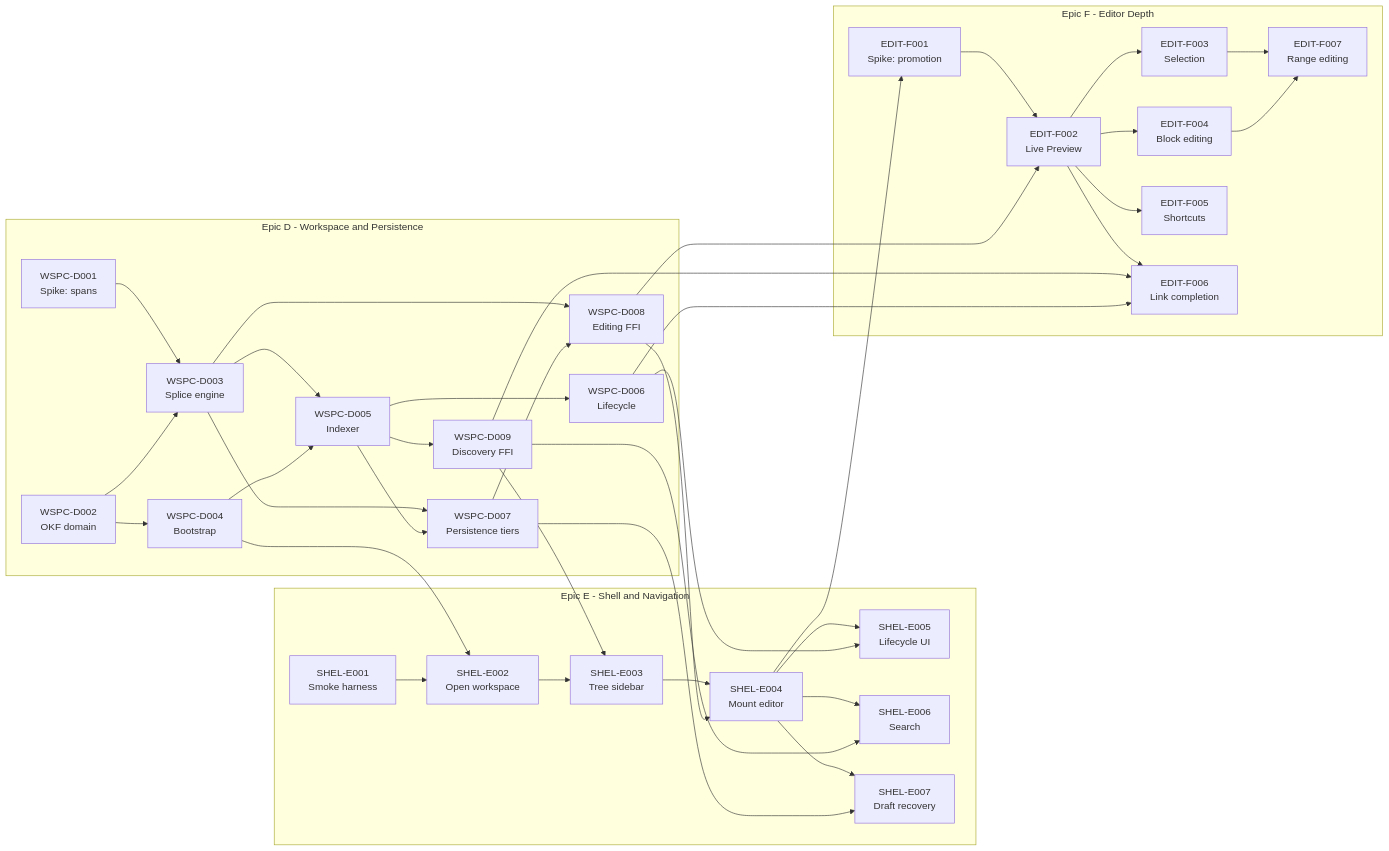
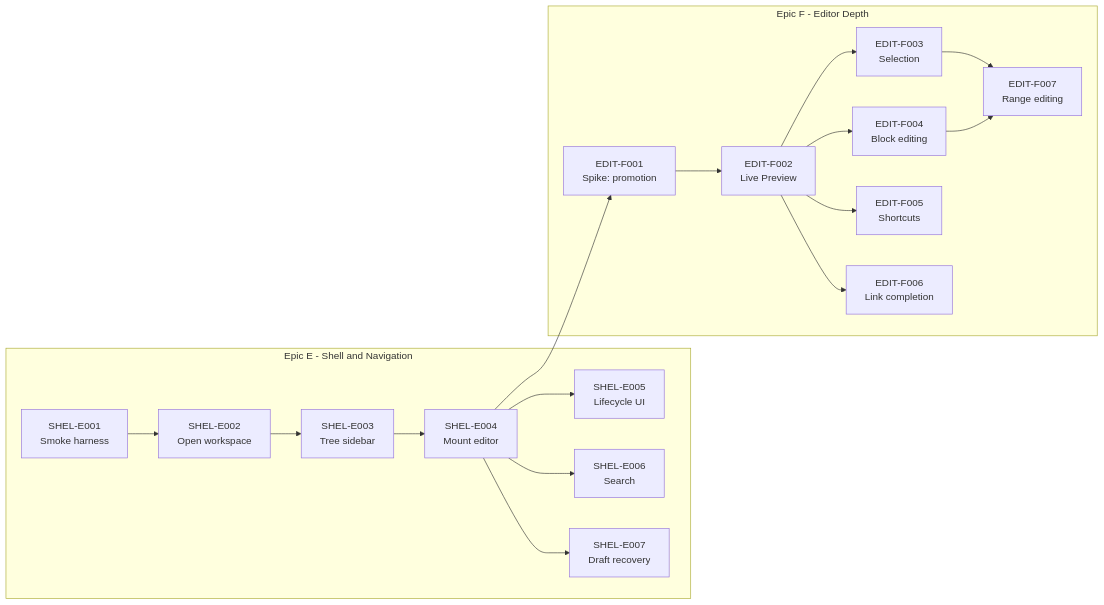
One commit to SkrOYC/burlmd changed the diagram in .constitution/tasks/critical-path.md. Above: the diagram before and after it, drawn with Mermaid. The commit also changed other lines of this file and 2 other files, not shown here.

````diff
--- a/.constitution/tasks/critical-path.md
+++ b/.constitution/tasks/critical-path.md
@@ -36,71 +37,38 @@
 ```mermaid
 flowchart LR
-    subgraph EpicD [Epic D - Workspace and Persistence]
-        D001[WSPC-D001<br/>Spike: spans]
-        D002[WSPC-D002<br/>OKF domain]
-        D003[WSPC-D003<br/>Splice engine]
-        D004[WSPC-D004<br/>Bootstrap]
-        D005[WSPC-D005<br/>Indexer]
-        D006[WSPC-D006<br/>Lifecycle]
-        D007[WSPC-D007<br/>Persistence tiers]
-        D008[WSPC-D008<br/>Editing FFI]
-        D009[WSPC-D009<br/>Discovery FFI]
-    end
-
     subgraph EpicE [Epic E - Shell and Navigation]
         E001[SHEL-E001<br/>Smoke harness]
         E002[SHEL-E002<br/>Open workspace]
         E003[SHEL-E003<br/>Tree sidebar]
         E004[SHEL-E004<br/>Mount editor]
         E005[SHEL-E005<br/>Lifecycle UI]
         E006[SHEL-E006<br/>Search]
         E007[SHEL-E007<br/>Draft recovery]
     end
 
     subgraph EpicF [Epic F - Editor Depth]
         F001[EDIT-F001<br/>Spike: promotion]
         F002[EDIT-F002<br/>Live Preview]
         F003[EDIT-F003<br/>Selection]
         F004[EDIT-F004<br/>Block editing]
         F005[EDIT-F005<br/>Shortcuts]
         F006[EDIT-F006<br/>Link completion]
         F007[EDIT-F007<br/>Range editing]
     end
 
-    D001 --> D003
-    D002 --> D003
-    D002 --> D004
-    D003 --> D005
-    D004 --> D005
-    D003 --> D007
-    D005 --> D007
-    D003 --> D008
-    D007 --> D008
-    D005 --> D006
-    D005 --> D009
-
-    D004 --> E002
     E001 --> E002
     E002 --> E003
-    D009 --> E003
     E003 --> E004
-    D008 --> E004
     E004 --> E005
-    D006 --> E005
     E004 --> E006
-    D009 --> E006
     E004 --> E007
-    D007 --> E007
 
     E004 --> F001
     F001 --> F002
-    D008 --> F002
     F002 --> F003
     F002 --> F004
     F002 --> F005
     F002 --> F006
-    D009 --> F006
-    D006 --> F006
     F003 --> F007
     F004 --> F007
 ```
````
